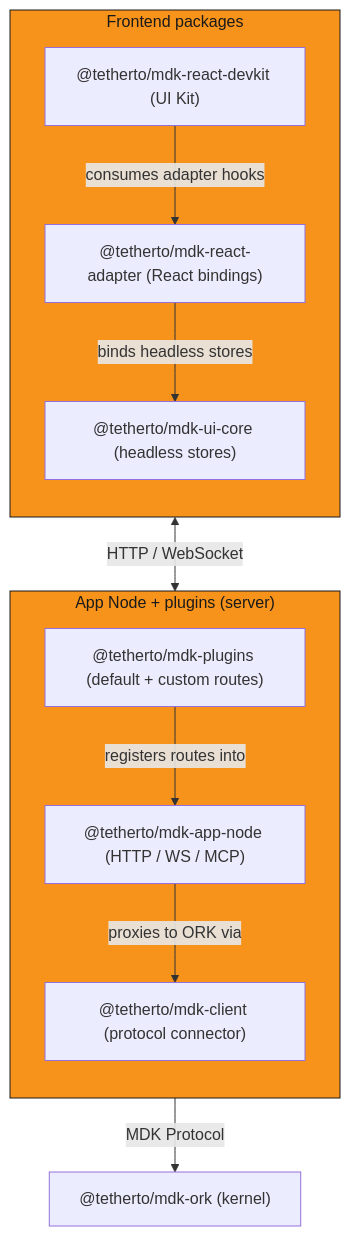
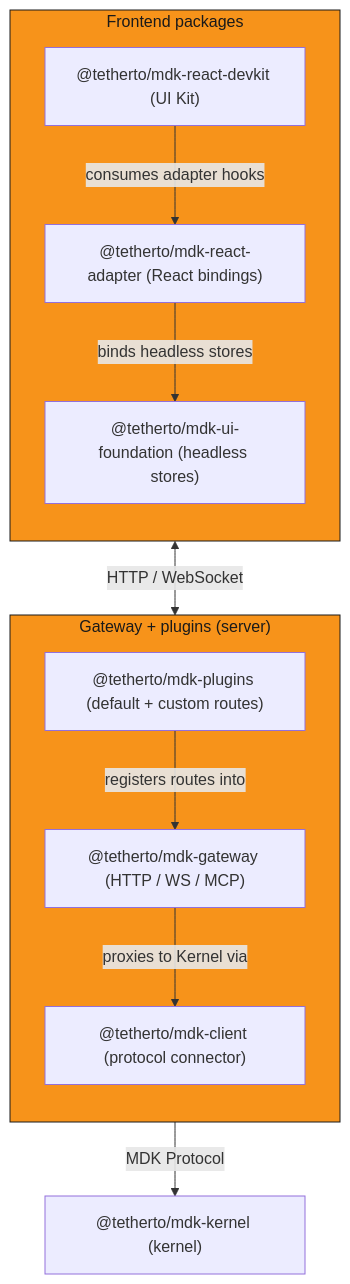
One commit to tetherto/mdk changed the diagram in docs/concepts/stack/app-toolkit.md. Above: the diagram before and after it, drawn with Mermaid. The commit also changed other lines of this file and 4406 other files, not shown here.

````diff
--- a/docs/concepts/stack/app-toolkit.md
+++ b/docs/concepts/stack/app-toolkit.md
@@ -93,28 +97,28 @@
 ```mermaid
 flowchart TD
     subgraph frontend ["Frontend packages"]
         direction TB
-        UI_CORE["@tetherto/mdk-ui-core (headless stores)"]
+        UI_FOUNDATION["@tetherto/mdk-ui-foundation (headless stores)"]
         FRAMEWORKS["@tetherto/mdk-react-adapter (React bindings)"]
         UI_COMPS["@tetherto/mdk-react-devkit (UI Kit)"]
 
         UI_COMPS -->|consumes adapter hooks| FRAMEWORKS
-        FRAMEWORKS -->|binds headless stores| UI_CORE
+        FRAMEWORKS -->|binds headless stores| UI_FOUNDATION
     end
 
-    subgraph backend ["App Node + plugins (server)"]
+    subgraph backend ["Gateway + plugins (server)"]
         direction TB
         PLUGINS["@tetherto/mdk-plugins (default + custom routes)"]
-        ROUTER["@tetherto/mdk-app-node (HTTP / WS / MCP)"]
+        ROUTER["@tetherto/mdk-gateway (HTTP / WS / MCP)"]
         CLIENT["@tetherto/mdk-client (protocol connector)"]
 
         PLUGINS -->|registers routes into| ROUTER
-        ROUTER -->|proxies to ORK via| CLIENT
+        ROUTER -->|proxies to Kernel via| CLIENT
     end
 
-    UI_CORE <-->|"HTTP / WebSocket"| ROUTER
-    CLIENT -->|"MDK Protocol"| ORK["@tetherto/mdk-ork (kernel)"]
+    UI_FOUNDATION <-->|"HTTP / WebSocket"| ROUTER
+    CLIENT -->|"MDK Protocol"| Kernel["@tetherto/mdk-kernel (kernel)"]
 
     style frontend fill:#F7931A,stroke:#1A1A1A,color:#1A1A1A
     style backend fill:#F7931A,stroke:#1A1A1A,color:#1A1A1A
 ```
````
